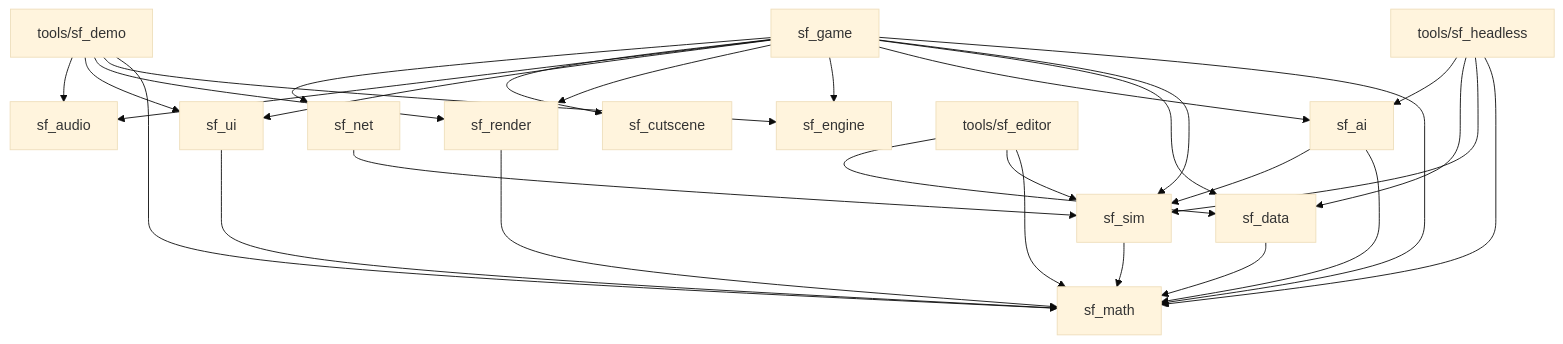
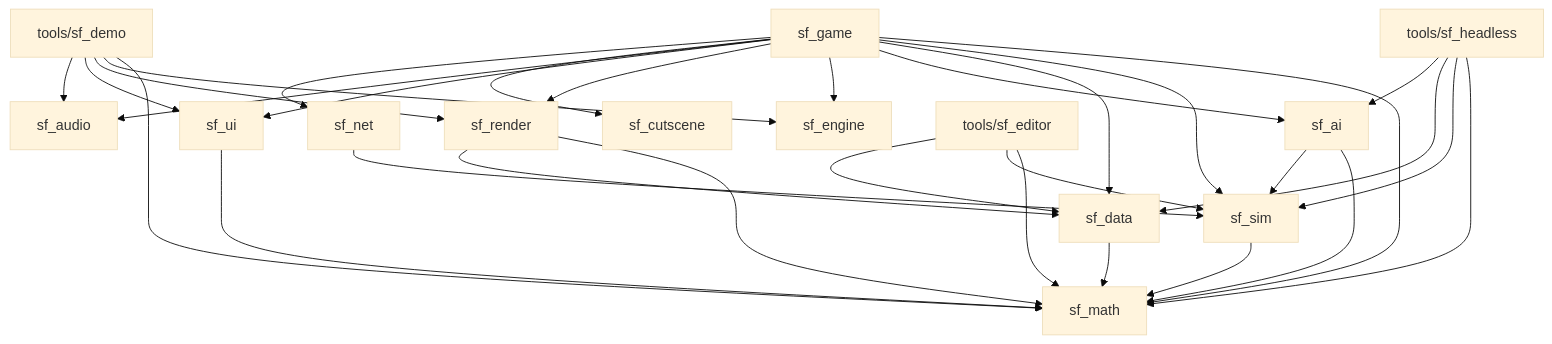
One commit to ultrasonicoverdrive/staalfront changed the diagram in docs/architecture.md. Above: the diagram before and after it, drawn with Mermaid (base theme). The commit also changed other lines of this file and 31 other files, not shown here.

````diff
--- a/docs/architecture.md
+++ b/docs/architecture.md
@@ -44,32 +44,33 @@
 ```mermaid
 graph TD
   sf_sim --> sf_math
   sf_data --> sf_math
   sf_ai --> sf_math
   sf_ai --> sf_sim
   sf_render --> sf_math
+  sf_render --> sf_data
   sf_ui --> sf_math
   sf_net --> sf_sim
   sf_game --> sf_math
   sf_game --> sf_sim
   sf_game --> sf_data
   sf_game --> sf_ai
   sf_game --> sf_engine
   sf_game --> sf_render
   sf_game --> sf_ui
   sf_game --> sf_audio
   sf_game --> sf_cutscene
   sf_game --> sf_net
   sf_headless[tools/sf_headless] --> sf_math
   sf_headless --> sf_sim
   sf_headless --> sf_data
   sf_headless --> sf_ai
   sf_demo[tools/sf_demo] --> sf_math
   sf_demo --> sf_engine
   sf_demo --> sf_render
   sf_demo --> sf_ui
   sf_demo --> sf_audio
   sf_editor[tools/sf_editor] --> sf_math
   sf_editor --> sf_sim
   sf_editor --> sf_data
 ```
````
